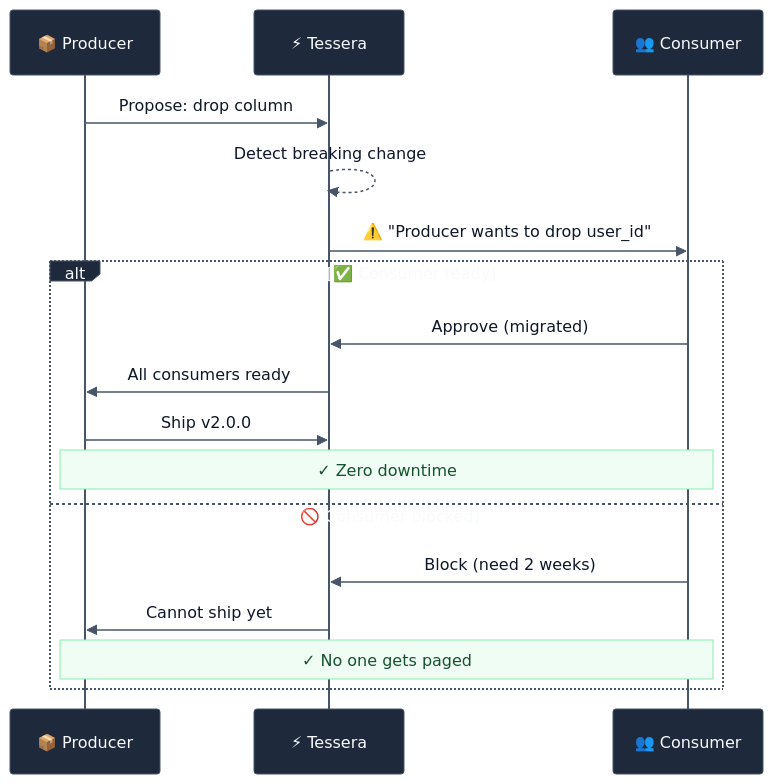
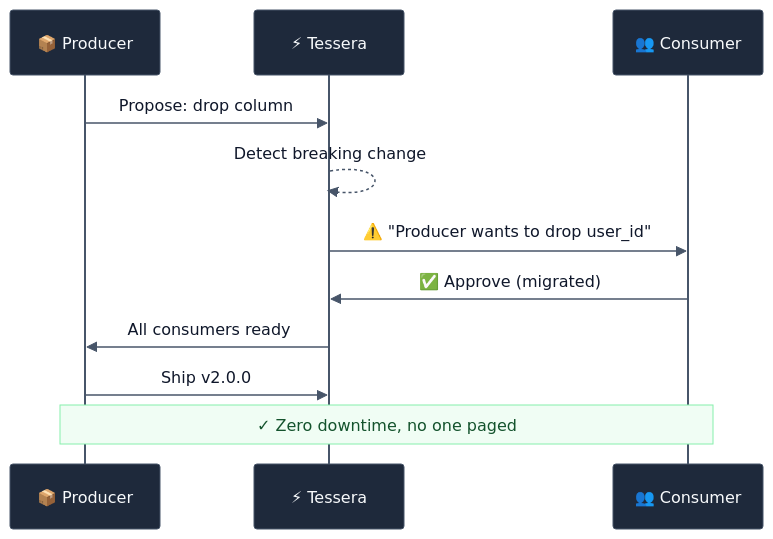
Before and after one commit to ashita-ai/tessera: the second of 2 diagrams in README.md, drawn with Mermaid.

Commit message:
Simplify diagram - show happy path only, remove alt branching

````diff
--- a/README.md
+++ b/README.md
@@ -29,22 +29,15 @@
 ```mermaid
 %%{init: {'theme': 'base', 'themeVariables': { 'primaryColor': '#6366f1', 'primaryTextColor': '#fff', 'primaryBorderColor': '#4f46e5', 'lineColor': '#475569', 'noteBkgColor': '#f0fdf4', 'noteTextColor': '#14532d', 'noteBorderColor': '#86efac', 'actorBkg': '#1e293b', 'actorTextColor': '#f8fafc', 'actorBorder': '#475569', 'signalColor': '#475569', 'signalTextColor': '#0f172a'}}}%%
 sequenceDiagram
     participant P as 📦 Producer
     participant T as ⚡ Tessera
     participant C as 👥 Consumer
 
     P->>T: Propose: drop column
     T-->>T: Detect breaking change
     T->>C: ⚠️ "Producer wants to drop user_id"
-
-    alt ✅ Consumer ready
-        C->>T: Approve (migrated)
-        T->>P: All consumers ready
-        P->>T: Ship v2.0.0
-        Note over P,C: ✓ Zero downtime
-    else 🚫 Consumer blocked
-        C->>T: Block (need 2 weeks)
-        T->>P: Cannot ship yet
-        Note over P,C: ✓ No one gets paged
-    end
+    C->>T: ✅ Approve (migrated)
+    T->>P: All consumers ready
+    P->>T: Ship v2.0.0
+    Note over P,C: ✓ Zero downtime, no one paged
 ```
````
